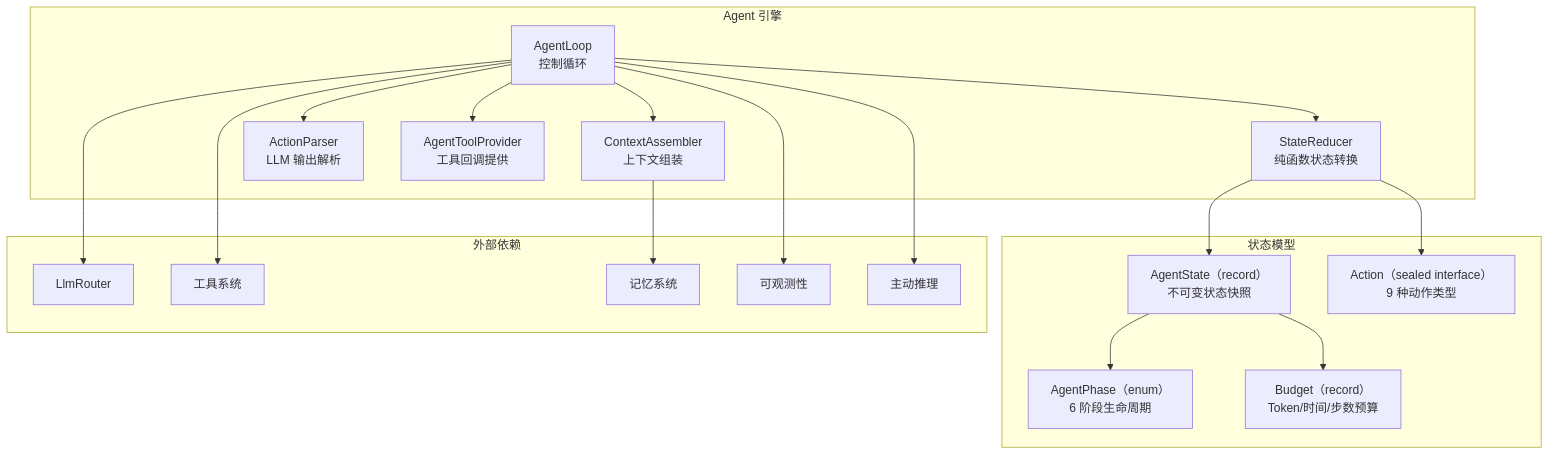
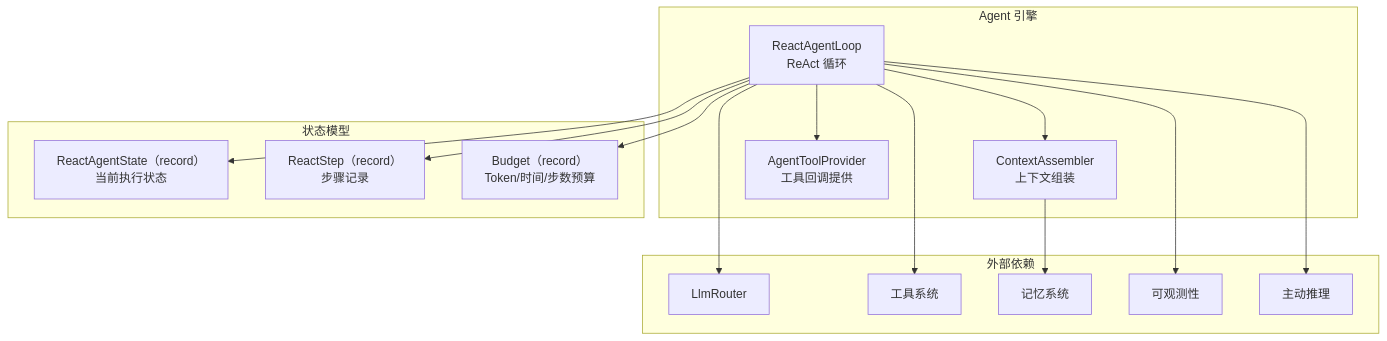
One commit to ntygod/LifePilot changed the first of 2 diagrams in docs/architecture/agent-engine.md. Above: the diagram before and after it, drawn with Mermaid. The commit also changed other lines of this file and 1 other file, not shown here.

Commit message:
docs: update architecture docs with code changes

````diff
--- a/docs/architecture/agent-engine.md
+++ b/docs/architecture/agent-engine.md
@@ -13,39 +13,33 @@
 ```mermaid
 graph TB
     subgraph "Agent 引擎"
-        LOOP["AgentLoop<br/>控制循环"]
-        SR["StateReducer<br/>纯函数状态转换"]
+        LOOP["ReactAgentLoop<br/>ReAct 循环"]
         CTX["ContextAssembler<br/>上下文组装"]
-        AP["ActionParser<br/>LLM 输出解析"]
-        TP["AgentToolProvider<br/>工具回调提供"]
+        TOOL["AgentToolProvider<br/>工具回调提供"]
     end
 
     subgraph "状态模型"
-        STATE["AgentState（record）<br/>不可变状态快照"]
-        PHASE["AgentPhase（enum）<br/>6 阶段生命周期"]
-        ACTION["Action（sealed interface）<br/>9 种动作类型"]
+        STATE["ReactAgentState（record）<br/>当前执行状态"]
+        STEP["ReactStep（record）<br/>步骤记录"]
         BUDGET["Budget（record）<br/>Token/时间/步数预算"]
     end
 
     subgraph "外部依赖"
         LLM["LlmRouter"]
-        TOOL["工具系统"]
+        TOOL_SYS["工具系统"]
         MEM["记忆系统"]
         OBS["可观测性"]
         PROACTIVE["主动推理"]
     end
 
-    LOOP --> SR
+    LOOP --> STATE
+    LOOP --> STEP
+    LOOP --> BUDGET
     LOOP --> CTX
-    LOOP --> AP
-    LOOP --> TP
-    SR --> STATE
-    STATE --> PHASE
-    SR --> ACTION
-    STATE --> BUDGET
-    LOOP --> LLM
     LOOP --> TOOL
     CTX --> MEM
+    LOOP --> LLM
+    LOOP --> TOOL_SYS
     LOOP --> OBS
     LOOP --> PROACTIVE
 ```
````
